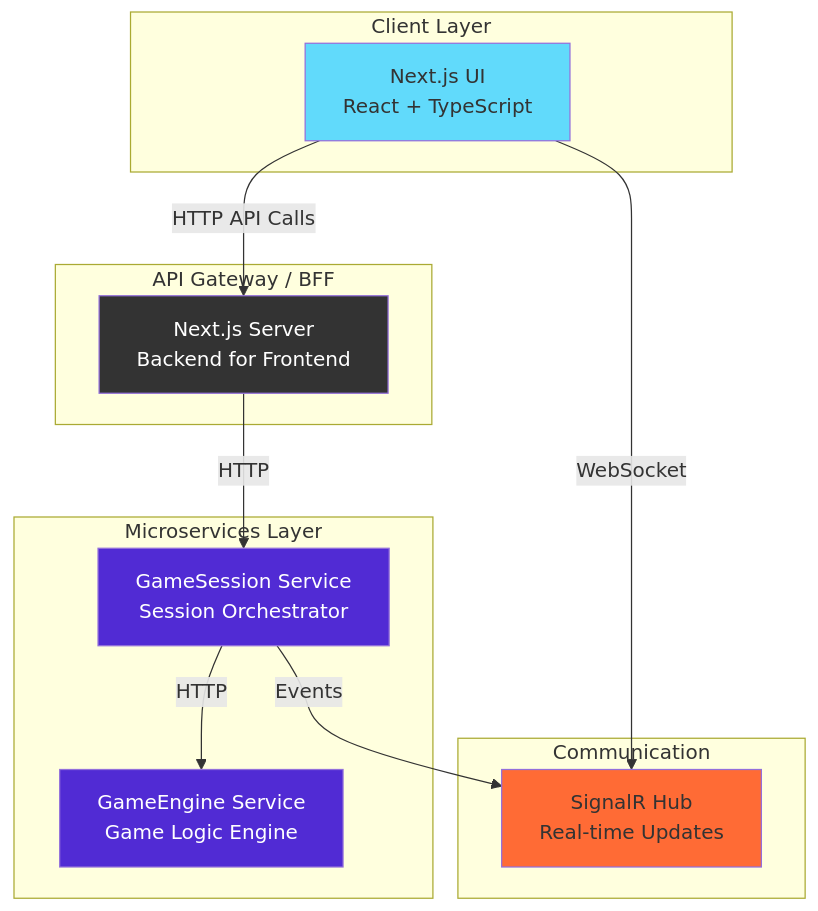
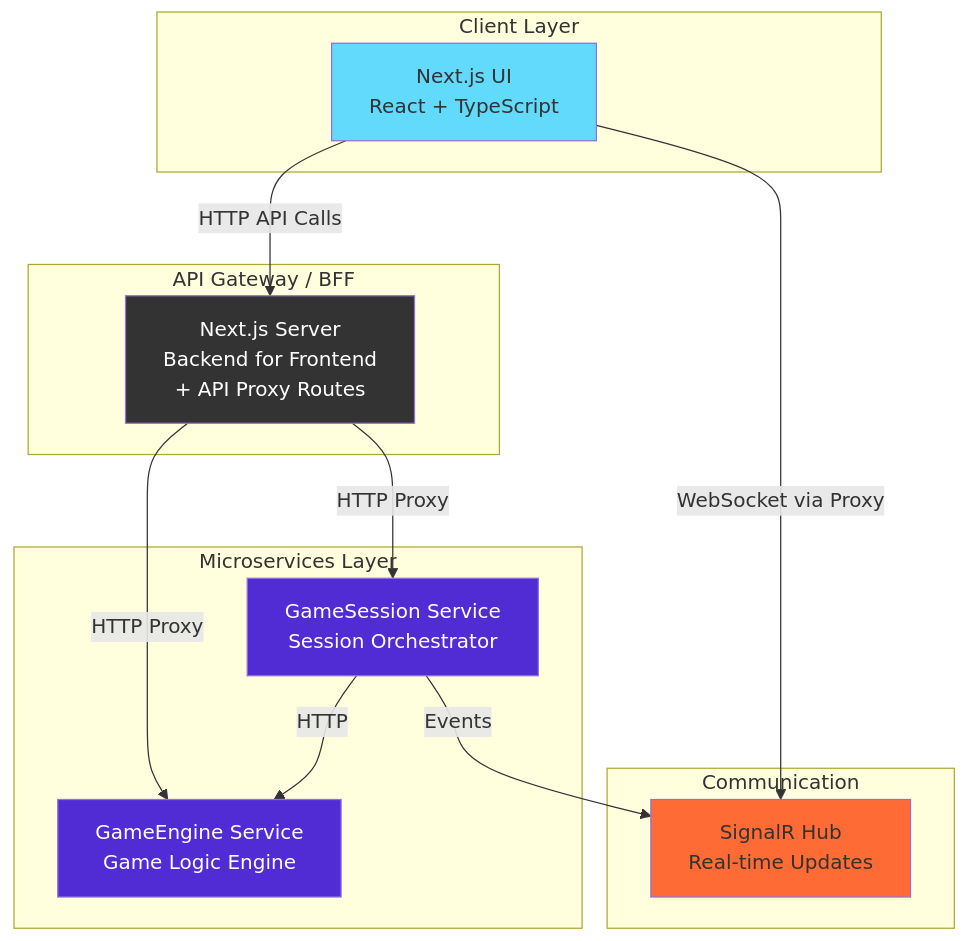
One commit to dmitrycx/TicTacToe changed the first of 4 diagrams in README.md. Above: the diagram before and after it, drawn with Mermaid. The commit also changed other lines of this file and 3 other files, not shown here.

First line of the commit message:
docs: update README.md to reflect API proxy architecture and recent improvements

````diff
--- a/README.md
+++ b/README.md
@@ -24,31 +24,32 @@
 ```mermaid
 graph TB
     subgraph "Client Layer"
         UI[Next.js UI<br/>React + TypeScript]
     end
 
     subgraph "API Gateway / BFF"
-        BFF[Next.js Server<br/>Backend for Frontend]
+        BFF[Next.js Server<br/>Backend for Frontend<br/>+ API Proxy Routes]
     end
 
     subgraph "Microservices Layer"
         GS[GameSession Service<br/>Session Orchestrator]
         GE[GameEngine Service<br/>Game Logic Engine]
     end
 
     subgraph "Communication"
         SR[SignalR Hub<br/>Real-time Updates]
     end
 
     UI -->|HTTP API Calls| BFF
-    UI -->|WebSocket| SR
-    BFF -->|HTTP| GS
+    UI -->|WebSocket via Proxy| SR
+    BFF -->|HTTP Proxy| GS
+    BFF -->|HTTP Proxy| GE
     GS -->|HTTP| GE
     GS -->|Events| SR
 
     style UI fill:#61DAFB
     style BFF fill:#333,color:#fff
     style GS fill:#512BD4,color:#fff
     style GE fill:#512BD4,color:#fff
     style SR fill:#FF6B35
 ```
````
